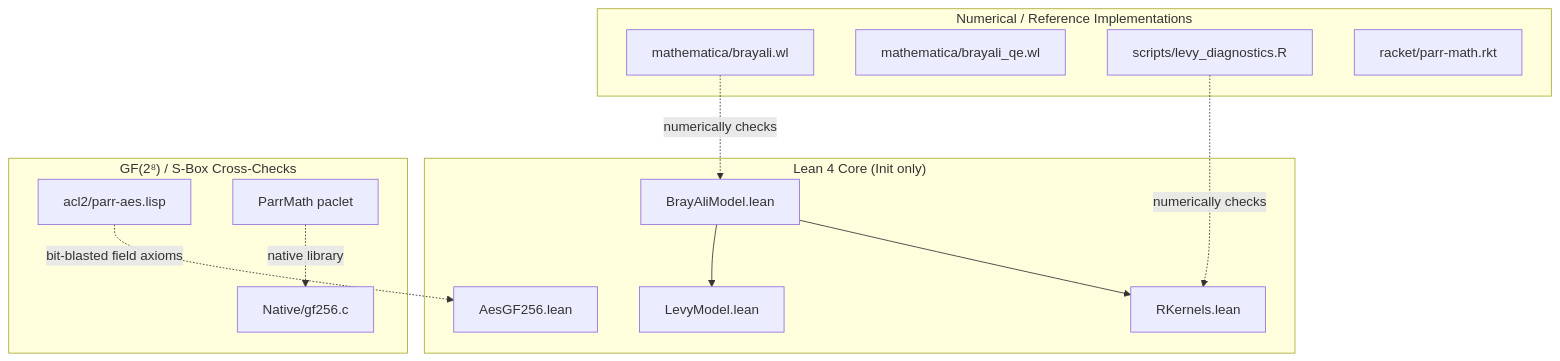
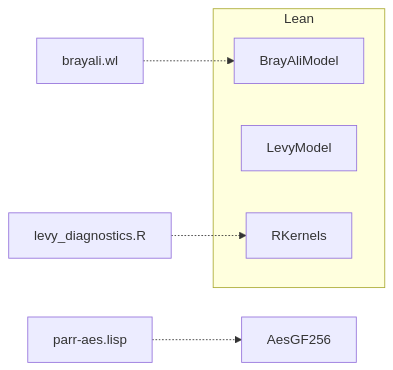
One commit to AHMADALIPARR/levy-characterization-lean changed the diagram in README.md. Above: the diagram before and after it, drawn with Mermaid. The commit also changed other lines of this file, not shown here.

````diff
--- a/README.md
+++ b/README.md
@@ -29,29 +75,11 @@
 ```mermaid
-flowchart TB
-    subgraph Core["Lean 4 Core (Init only)"]
-        BAM[BrayAliModel.lean]
-        LM[LevyModel.lean]
-        RK[RKernels.lean]
-        AES[AesGF256.lean]
+flowchart LR
+    subgraph Lean
+        BAM[BrayAliModel]
+        LM[LevyModel]
+        RK[RKernels]
     end
-
-    subgraph Numeric["Numerical / Reference Implementations"]
-        W[mathematica/brayali.wl]
-        QE[mathematica/brayali_qe.wl]
-        R[scripts/levy_diagnostics.R]
-        RKPort[racket/parr-math.rkt]
-    end
-
-    subgraph Crypto["GF(2⁸) / S-Box Cross-Checks"]
-        ACL[acl2/parr-aes.lisp]
-        PM[ParrMath paclet]
-        C[Native/gf256.c]
-    end
-
-    BAM --> LM
-    BAM --> RK
-    W -.->|numerically checks| BAM
-    R -.->|numerically checks| RK
-    ACL -.->|bit-blasted field axioms| AES
-    PM -.->|native library| C
+    W[brayali.wl] -.-> BAM
+    R[levy_diagnostics.R] -.-> RK
+    ACL[parr-aes.lisp] -.-> AES[AesGF256]
 ```
````
